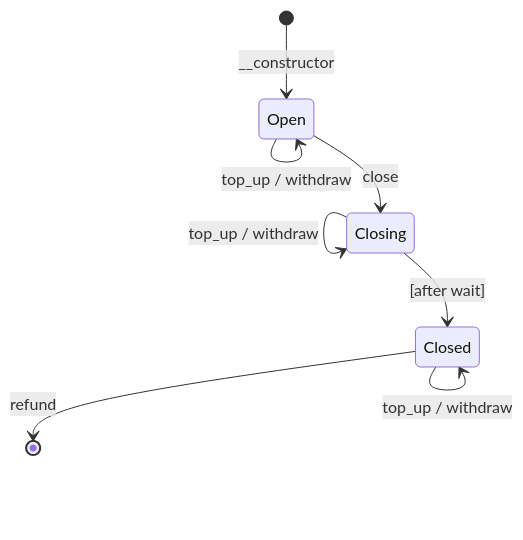
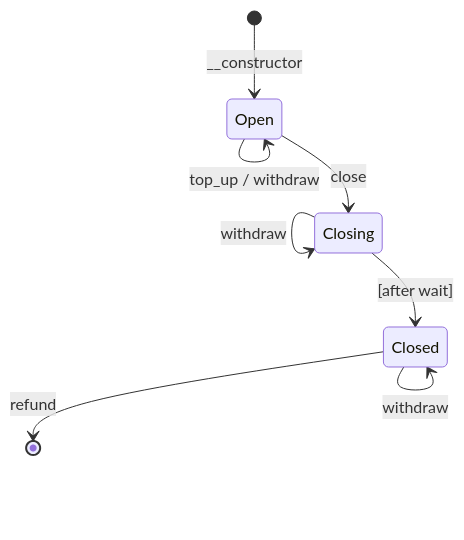
The diagram in README.md (stellar-experimental/one-way-channel), drawn with Mermaid before and after one commit.

Commit message:
remove top_up from closing/closed state transitions

````diff
--- a/README.md
+++ b/README.md
@@ -26,13 +26,13 @@
 ```mermaid
 stateDiagram-v2
     [*] --> Open: __constructor
 
     Open --> Open: top_up / withdraw
     Open --> Closing: close
 
-    Closing --> Closing: top_up / withdraw
+    Closing --> Closing: withdraw
     Closing --> Closed: [after wait]
 
-    Closed --> Closed: top_up / withdraw
+    Closed --> Closed: withdraw
     Closed --> [*]: refund
 ```
````
